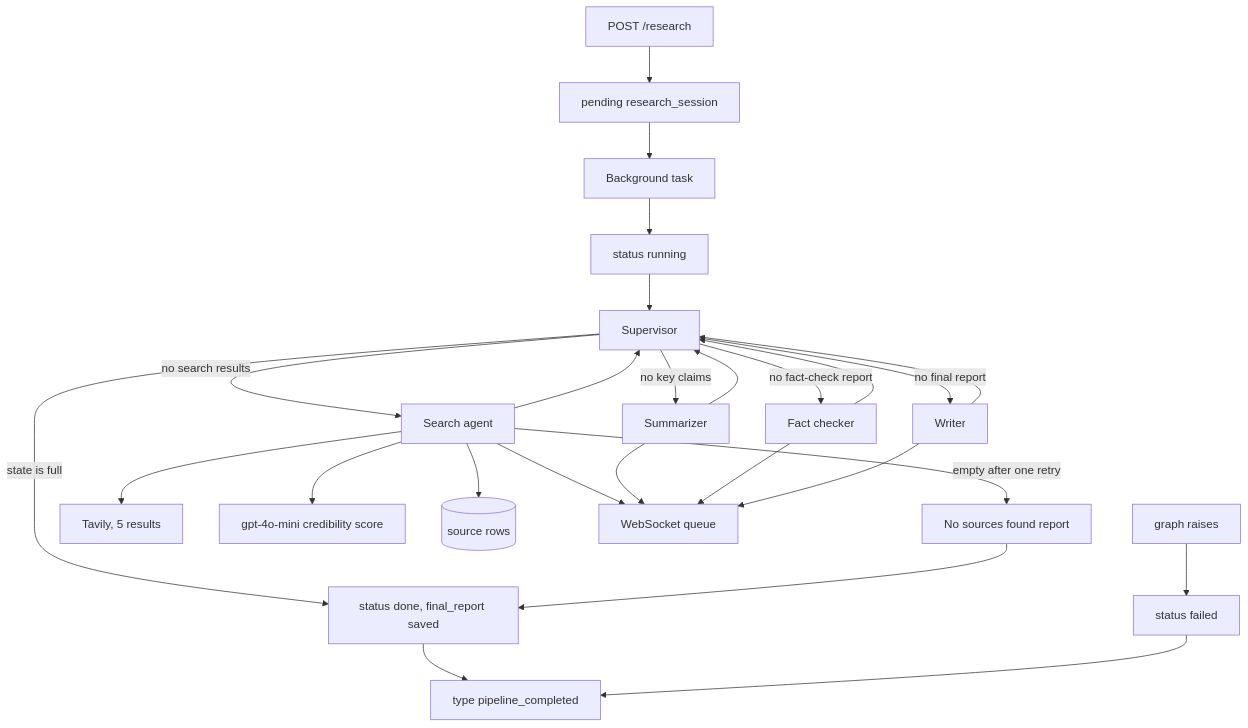
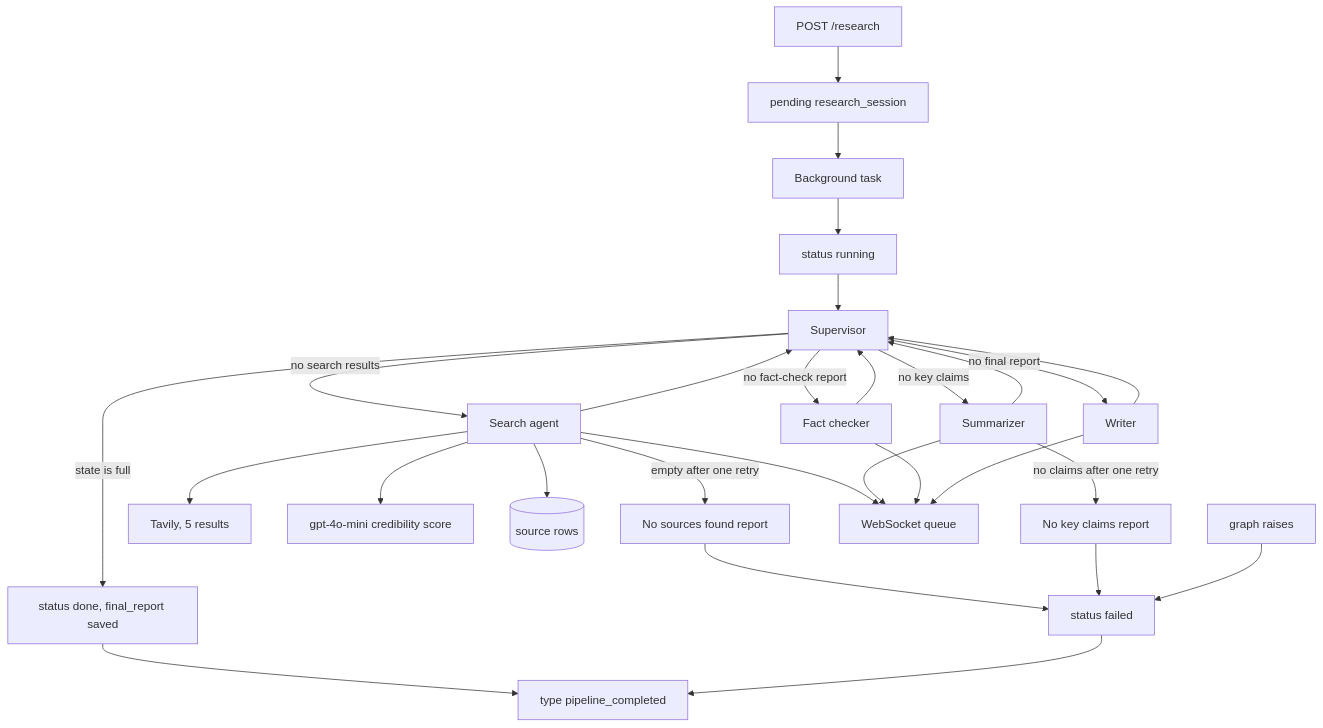
The first of 2 diagrams in README.md (raosam23/query-nest-backend), drawn with Mermaid before and after one commit. The commit also changed other lines of this file and 4 other files, not shown here.

First line of the commit message:
fix: report search and summarizer give-ups as failed runs (#3)

````diff
--- a/README.md
+++ b/README.md
@@ -39,28 +39,30 @@
 ```mermaid
 flowchart TD
     post[POST /research] --> pending[pending research_session]
     pending --> task[Background task]
     task --> running[status running]
     running --> supervisor[Supervisor]
     supervisor -->|no search results| search[Search agent]
     search -->|empty after one retry| noSources[No sources found report]
     search --> tavily[Tavily, 5 results]
     search --> score[gpt-4o-mini credibility score]
     search --> sources[(source rows)]
     search --> supervisor
     supervisor -->|no key claims| summarize[Summarizer]
+    summarize -->|no claims after one retry| noClaims[No key claims report]
     summarize --> supervisor
     supervisor -->|no fact-check report| fact[Fact checker]
     fact --> supervisor
     supervisor -->|no final report| writer[Writer]
     writer --> supervisor
     supervisor -->|state is full| done[status done, final_report saved]
-    noSources --> done
     search --> queue[WebSocket queue]
     summarize --> queue
     fact --> queue
     writer --> queue
     done --> completed[type pipeline_completed]
-    failed[graph raises] --> markFailed[status failed]
+    noSources --> markFailed[status failed]
+    noClaims --> markFailed
+    failed[graph raises] --> markFailed
     markFailed --> completed
 ```
````
